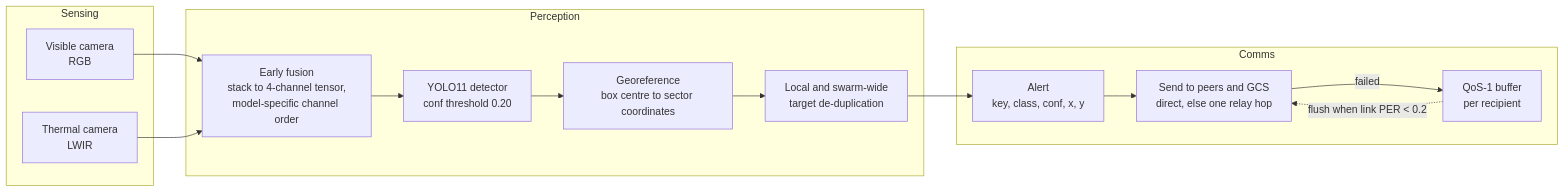
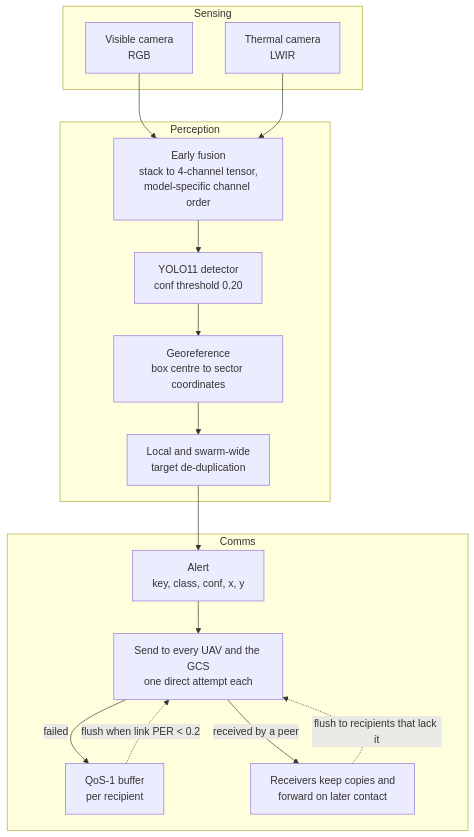
One commit to CodeWithDevesh/FlyNetSim changed the second of 9 diagrams in docs/ARCHITECTURE_PROPOSAL.md. Above: the diagram before and after it, drawn with Mermaid. The commit also changed other lines of this file, not shown here.

Commit message:
docs: update architecture diagrams for decentralized control and store-carry-forward

````diff
--- a/docs/ARCHITECTURE_PROPOSAL.md
+++ b/docs/ARCHITECTURE_PROPOSAL.md
@@ -61,23 +61,26 @@
 ```mermaid
-flowchart LR
+flowchart TB
   subgraph SENSE["Sensing"]
     RGB["Visible camera<br/>RGB"]
     THM["Thermal camera<br/>LWIR"]
   end
   subgraph VISION["Perception"]
     FUSE["Early fusion<br/>stack to 4-channel tensor,<br/>model-specific channel order"]
     DET["YOLO11 detector<br/>conf threshold 0.20"]
     GEO["Georeference<br/>box centre to sector coordinates"]
     DEDUP["Local and swarm-wide<br/>target de-duplication"]
   end
   subgraph NET["Comms"]
     ALERT["Alert<br/>key, class, conf, x, y"]
-    SEND["Send to peers and GCS<br/>direct, else one relay hop"]
+    SEND["Send to every UAV and the GCS<br/>one direct attempt each"]
     BUF["QoS-1 buffer<br/>per recipient"]
+    FWD["Receivers keep copies and<br/>forward on later contact"]
   end
   RGB --> FUSE
   THM --> FUSE
   FUSE --> DET --> GEO --> DEDUP --> ALERT --> SEND
   SEND -- "failed" --> BUF
   BUF -. "flush when link PER < 0.2" .-> SEND
+  SEND -- "received by a peer" --> FWD
+  FWD -. "flush to recipients that lack it" .-> SEND
 ```
````
